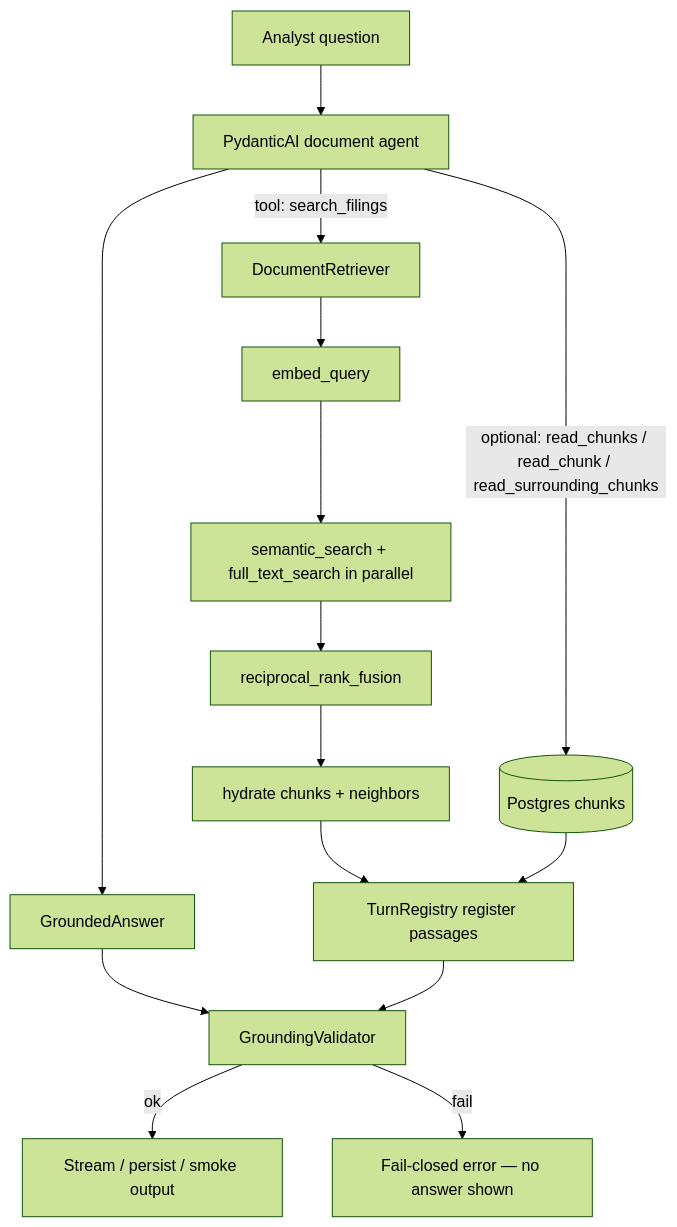
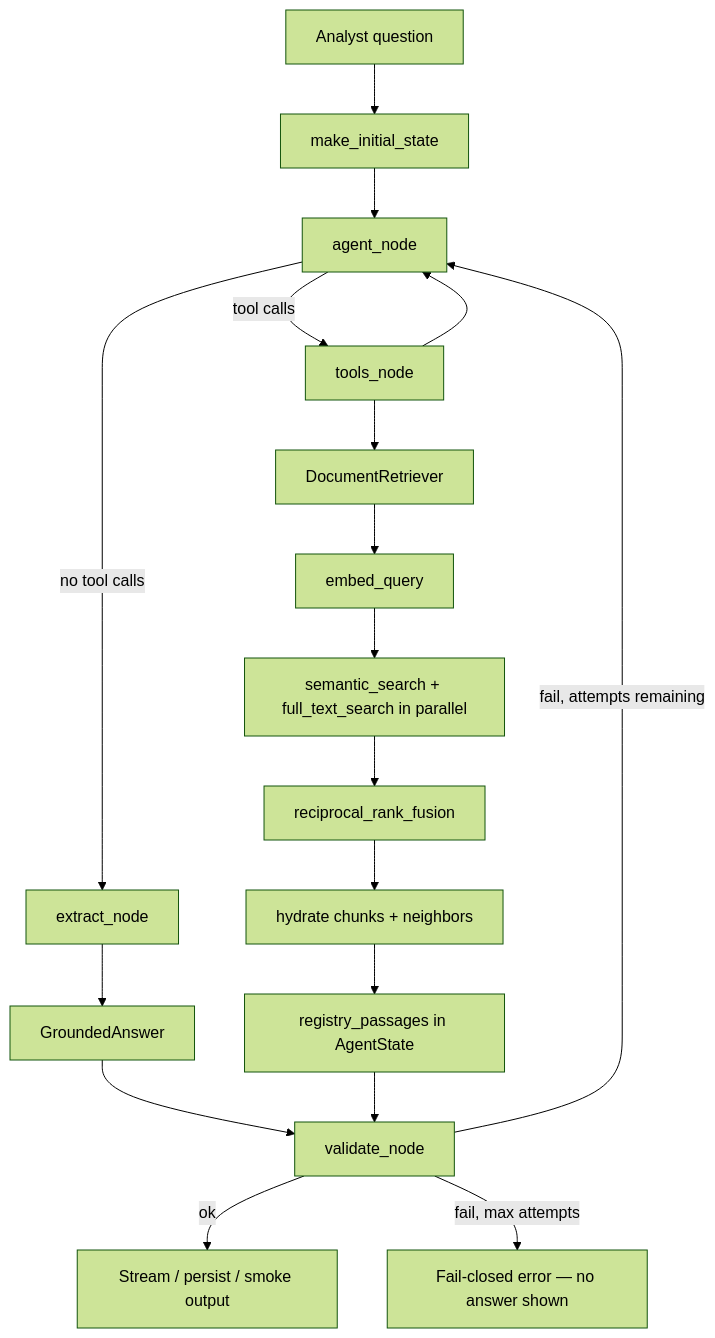
Before and after one commit to csckhw303/document-copilot: the diagram in backend/app/assistant/README.md, drawn with Mermaid (forest theme). The commit also changed other lines of this file and 11 other files, not shown here.

Commit message:
update read me based on Langraph base Concurrency for read_chunks

````diff
--- a/backend/app/assistant/README.md
+++ b/backend/app/assistant/README.md
@@ -11,21 +16,23 @@
 ```mermaid
 flowchart TD
-    Q[Analyst question] --> AGENT[PydanticAI document agent]
+    Q[Analyst question] --> INIT[make_initial_state]
+    INIT --> AGENT[agent_node]
 
-    AGENT -->|tool: search_filings| RET[DocumentRetriever]
+    AGENT -->|tool calls| TOOLS[tools_node]
+    TOOLS --> RET[DocumentRetriever]
     RET --> EMB[embed_query]
     EMB --> DUAL[semantic_search + full_text_search in parallel]
     DUAL --> RRF[reciprocal_rank_fusion]
     RRF --> HYDRATE[hydrate chunks + neighbors]
-    HYDRATE --> REG[TurnRegistry register passages]
+    HYDRATE --> STATE[registry_passages in AgentState]
+    TOOLS --> AGENT
 
-    AGENT -->|optional: read_chunks / read_chunk / read_surrounding_chunks| DB[(Postgres chunks)]
-    DB --> REG
+    AGENT -->|no tool calls| EXTRACT[extract_node]
+    EXTRACT --> GA[GroundedAnswer]
+    GA --> VALIDATE[validate_node]
+    STATE --> VALIDATE
 
-    AGENT --> GA[GroundedAnswer]
-    GA --> VAL[GroundingValidator]
-    REG --> VAL
-
-    VAL -->|ok| OUT[Stream / persist / smoke output]
-    VAL -->|fail| ERR[Fail-closed error — no answer shown]
+    VALIDATE -->|ok| OUT[Stream / persist / smoke output]
+    VALIDATE -->|fail, attempts remaining| AGENT
+    VALIDATE -->|fail, max attempts| ERR[Fail-closed error — no answer shown]
 ```
````
